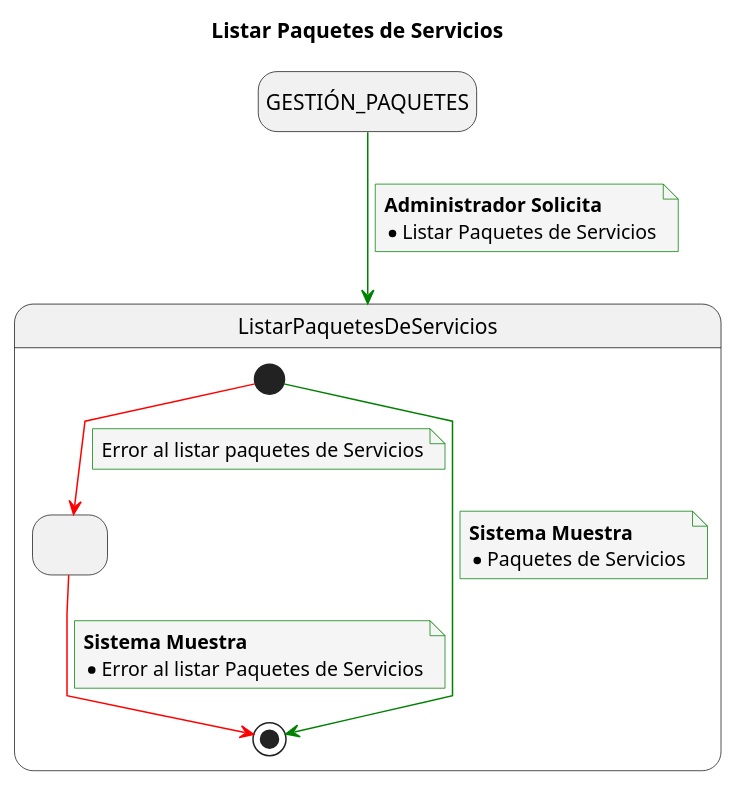
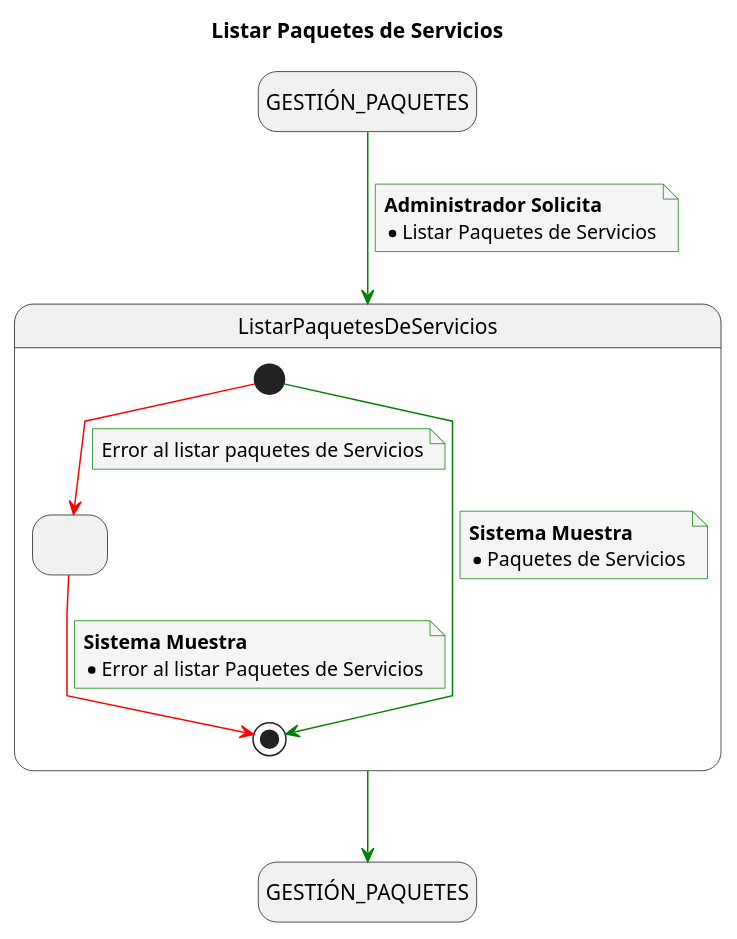
One commit to mmasias/23-24-IdSw1-SDR changed the diagram in Caso_de_Uso/Casos_de_Uso/Usuarios/Administrador/CRUD_Paquetes_de_Servicios/Listar_Paquetes/ListarPaquetesDeServicios.puml. Above: the diagram before and after it, drawn with PlantUML. The commit also changed 59 other files, not shown here.

```diff
--- a/Caso_de_Uso/Casos_de_Uso/Usuarios/Administrador/CRUD_Paquetes_de_Servicios/Listar_Paquetes/ListarPaquetesDeServicios.puml
+++ b/Caso_de_Uso/Casos_de_Uso/Usuarios/Administrador/CRUD_Paquetes_de_Servicios/Listar_Paquetes/ListarPaquetesDeServicios.puml
@@ -1,42 +1,45 @@
 @startuml
 title Listar Paquetes de Servicios
 
 skinparam {
     NoteBackgroundColor #whiteSmoke
     ArrowColor #green
     NoteBorderColor #green
     linetype polyline
 }
 
 hide empty description
 
 state startState as "GESTIÓN_PAQUETES"
+state endState as "GESTIÓN_PAQUETES"
 
 startState --> ListarPaquetesDeServicios
 note on link
     <b>Administrador Solicita</b>
     * Listar Paquetes de Servicios
 end note
+
+ListarPaquetesDeServicios --> endState
 
 state ListarPaquetesDeServicios {
     state 2 as " "
     [*] --> [*] 
     note on link
         <b>Sistema Muestra</b>
         * Paquetes de Servicios
     end note
 
     [*] -[#red]-> 2
     note on link
         Error al listar paquetes de Servicios
     end note
 
     2 -[#red]-> [*]
     note on link
         <b>Sistema Muestra</b>
         * Error al listar Paquetes de Servicios
     end note
 
 
 }
 @enduml
```
